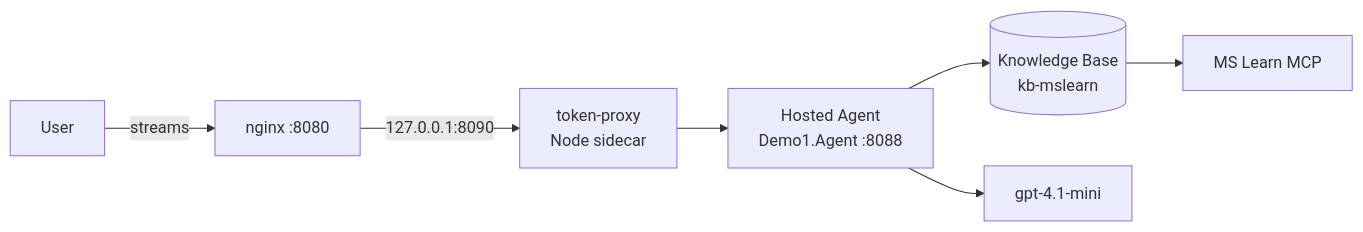
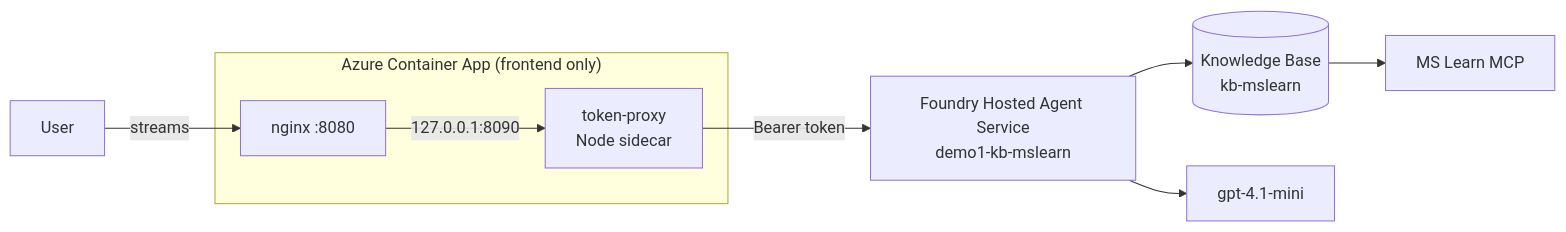
Before and after one commit to michaelsrichter/nasuni-azure-assistant: the diagram in README.md, drawn with Mermaid. The commit also changed other lines of this file and 7 other files, not shown here.

First line of the commit message:
Re-architect: agent in Foundry Hosted Agent Service, ACA = frontend only

````diff
--- a/README.md
+++ b/README.md
@@ -9,9 +9,13 @@
 ```mermaid
 flowchart LR
     U[User] -->|streams| NGX[nginx :8080]
     NGX -- 127.0.0.1:8090 --> PRX[token-proxy<br/>Node sidecar]
-    PRX --> AG[Hosted Agent<br/>Demo1.Agent :8088]
+    PRX -- Bearer token --> AG[Foundry Hosted Agent Service<br/>demo1-kb-mslearn]
     AG --> KB[(Knowledge Base<br/>kb-mslearn)]
     KB --> MCP[MS Learn MCP]
     AG --> M[gpt-4.1-mini]
+    subgraph ACA["Azure Container App (frontend only)"]
+      NGX
+      PRX
+    end
 ```
````
